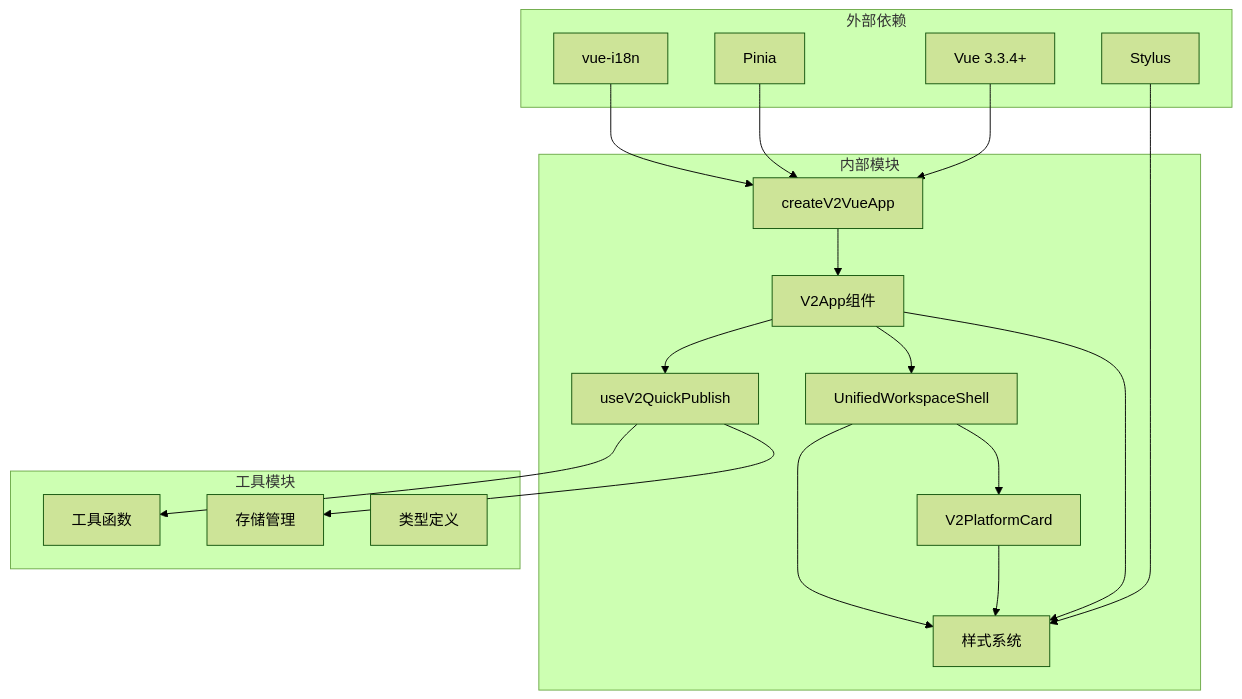
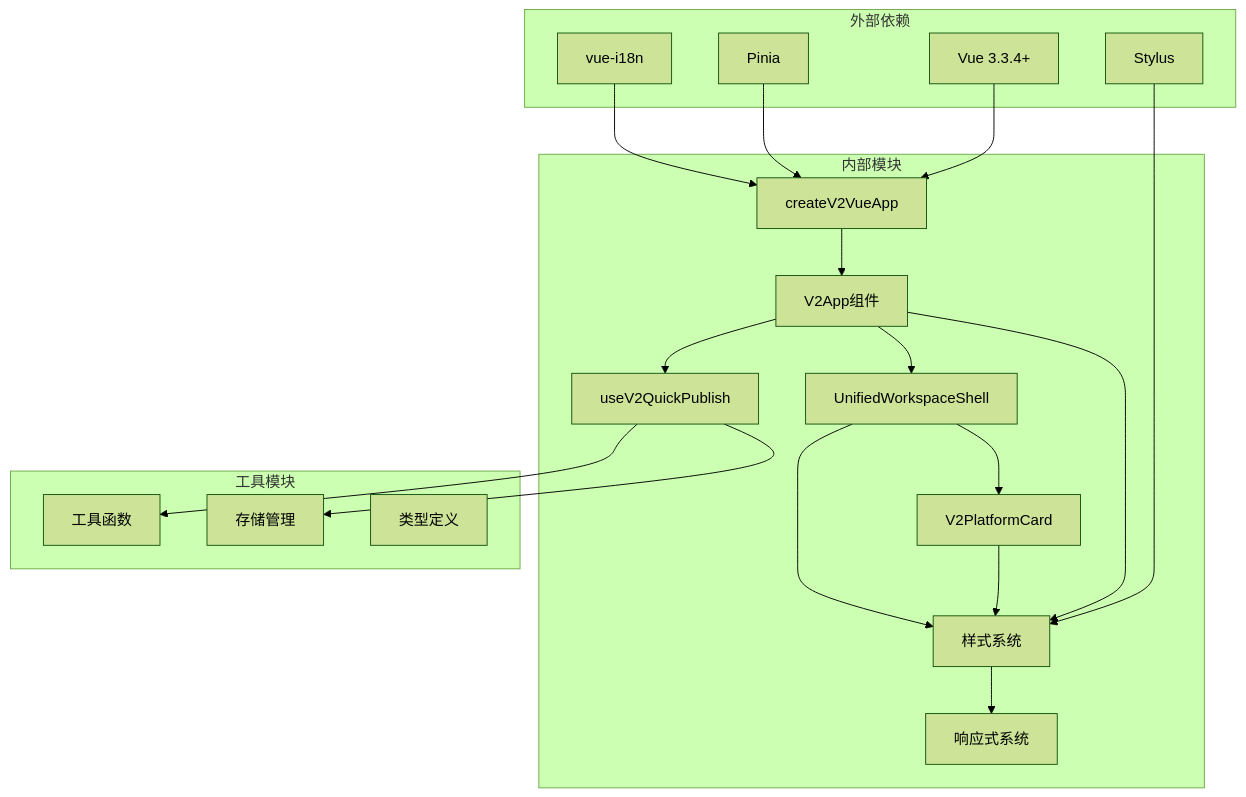
Before and after one commit to terwer/siyuan-plugin-publisher: the tenth of 10 diagrams in .qoder/repowiki/zh/content/用户界面组件/UI V2 设计原则.md, drawn with Mermaid (forest theme). The commit also changed other lines of this file and 14 other files, not shown here.

````diff
--- a/.qoder/repowiki/zh/content/用户界面组件/UI V2 设计原则.md
+++ b/.qoder/repowiki/zh/content/用户界面组件/UI V2 设计原则.md
@@ -349,35 +401,37 @@
 ```mermaid
 graph TD
 subgraph "外部依赖"
 Vue[Vue 3.3.4+]
 Pinia[Pinia]
 I18n[vue-i18n]
 Stylus[Stylus]
 end
 subgraph "内部模块"
 CreateApp[createV2VueApp]
 V2App[V2App组件]
 Shell[UnifiedWorkspaceShell]
 PlatformCard[V2PlatformCard]
 QuickPublish[useV2QuickPublish]
 Styles[样式系统]
+Responsive[响应式系统]
 end
 subgraph "工具模块"
 Utils[工具函数]
 Stores[存储管理]
 Types[类型定义]
 end
 Vue --> CreateApp
 Pinia --> CreateApp
 I18n --> CreateApp
 Stylus --> Styles
 CreateApp --> V2App
 V2App --> Shell
 V2App --> QuickPublish
 Shell --> PlatformCard
 QuickPublish --> Utils
 QuickPublish --> Stores
 V2App --> Styles
 PlatformCard --> Styles
 Shell --> Styles
+Styles --> Responsive
 ```
````
